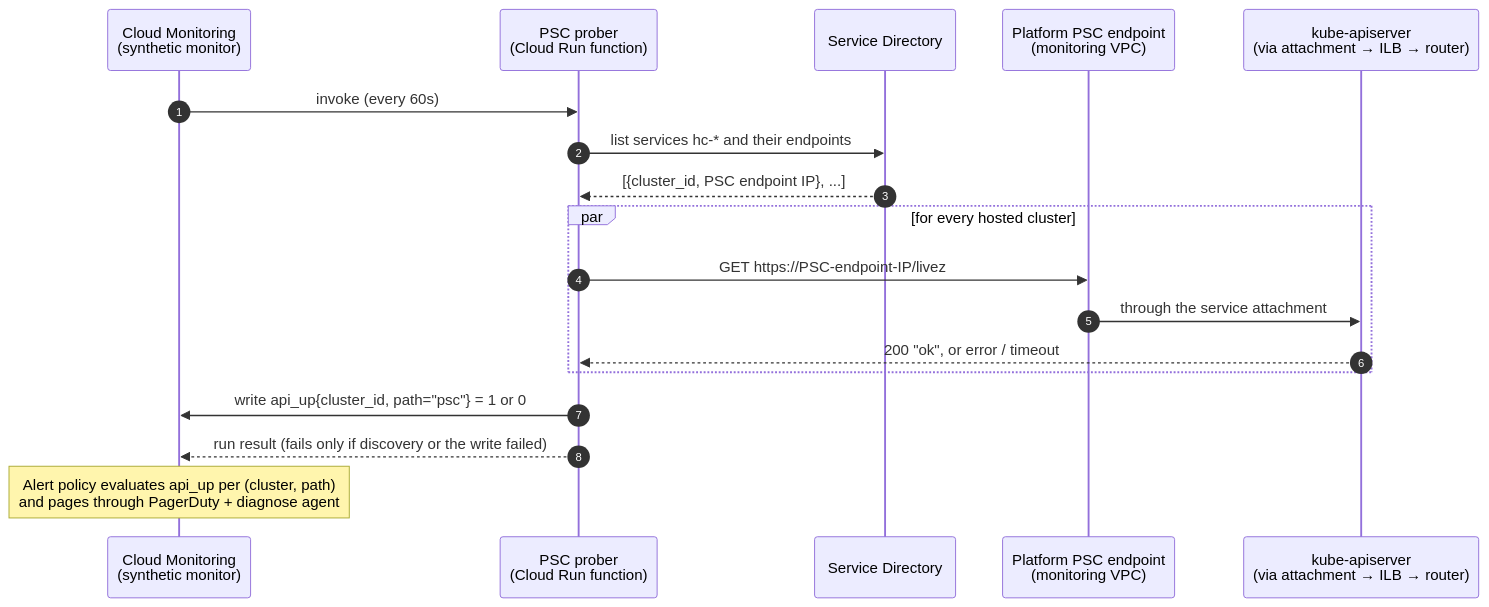
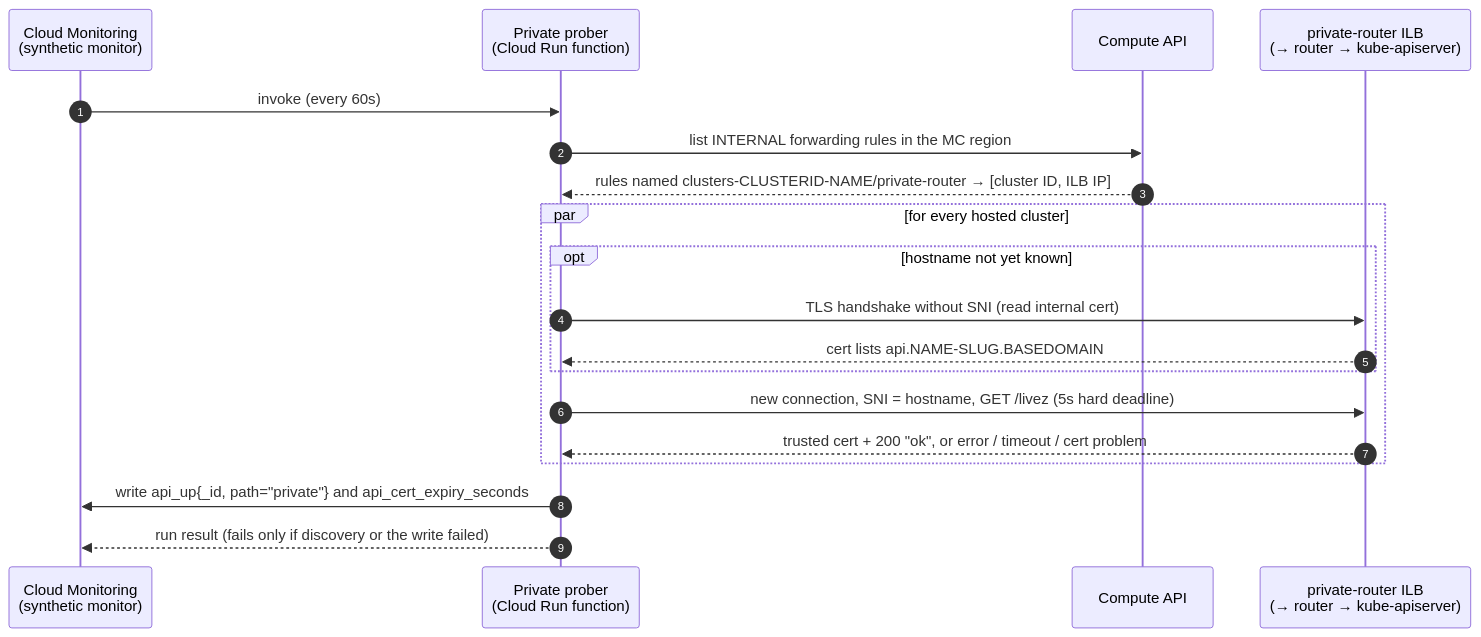
Before and after one commit to openshift-online/gcp-hcp: the second of 2 diagrams in design-decisions/observability/hosted-cluster-api-synthetic-monitoring.md, drawn with Mermaid. The commit also changed other lines of this file and 1 other file, not shown here.

````diff
--- a/design-decisions/observability/hosted-cluster-api-synthetic-monitoring.md
+++ b/design-decisions/observability/hosted-cluster-api-synthetic-monitoring.md
@@ -124,21 +111,22 @@
 ```mermaid
 sequenceDiagram
     autonumber
     participant CM as Cloud Monitoring<br/>(synthetic monitor)
-    participant FN as PSC prober<br/>(Cloud Run function)
-    participant SD as Service Directory
-    participant EP as Platform PSC endpoint<br/>(monitoring VPC)
-    participant KAS as kube-apiserver<br/>(via attachment → ILB → router)
+    participant FN as Private prober<br/>(Cloud Run function)
+    participant CA as Compute API
+    participant ILB as private-router ILB<br/>(→ router → kube-apiserver)
 
     CM->>FN: invoke (every 60s)
-    FN->>SD: list services hc-* and their endpoints
-    SD-->>FN: [{cluster_id, PSC endpoint IP}, ...]
+    FN->>CA: list INTERNAL forwarding rules in the MC region
+    CA-->>FN: rules named clusters-CLUSTERID-NAME/private-router → [cluster ID, ILB IP]
     par for every hosted cluster
-        FN->>EP: GET https://PSC-endpoint-IP/livez
-        EP->>KAS: through the service attachment
-        KAS-->>FN: 200 "ok", or error / timeout
+        opt hostname not yet known
+            FN->>ILB: TLS handshake without SNI (read internal cert)
+            ILB-->>FN: cert lists api.NAME-SLUG.BASEDOMAIN
+        end
+        FN->>ILB: new connection, SNI = hostname, GET /livez (5s hard deadline)
+        ILB-->>FN: trusted cert + 200 "ok", or error / timeout / cert problem
     end
-    FN->>CM: write api_up{cluster_id, path="psc"} = 1 or 0
+    FN->>CM: write api_up{_id, path="private"} and api_cert_expiry_seconds
     FN-->>CM: run result (fails only if discovery or the write failed)
-    Note over CM: Alert policy evaluates api_up per (cluster, path)<br/>and pages through PagerDuty + diagnose agent
 ```
````
